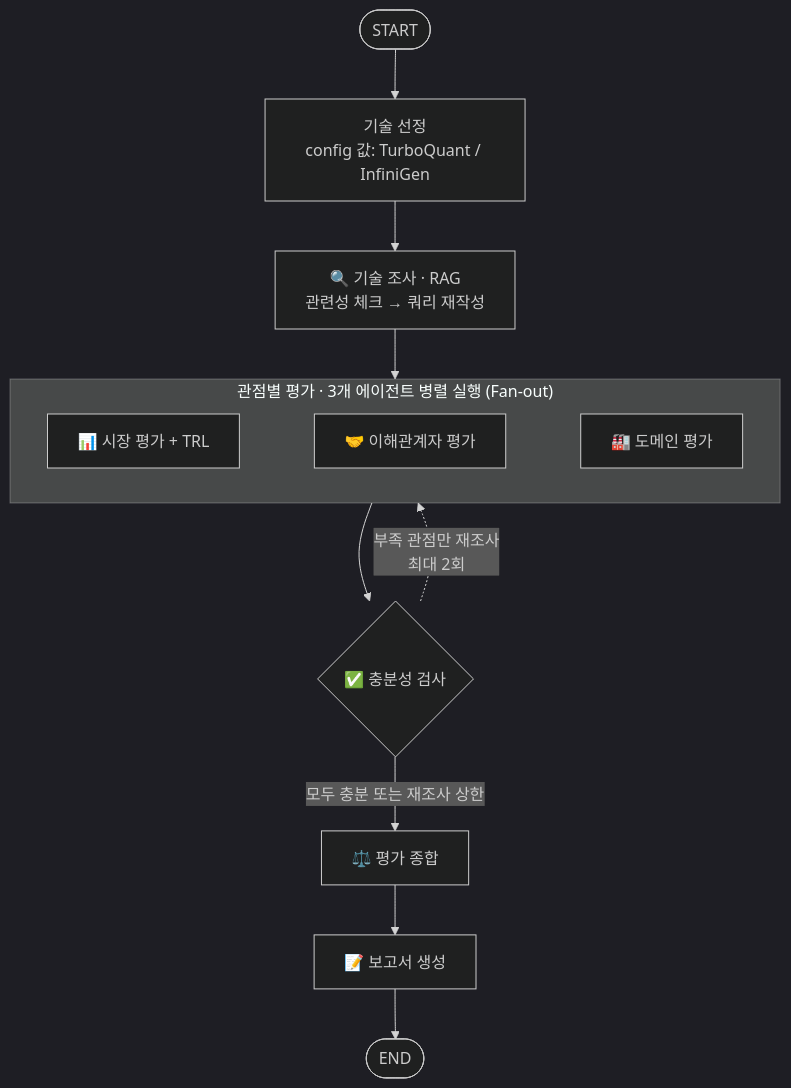
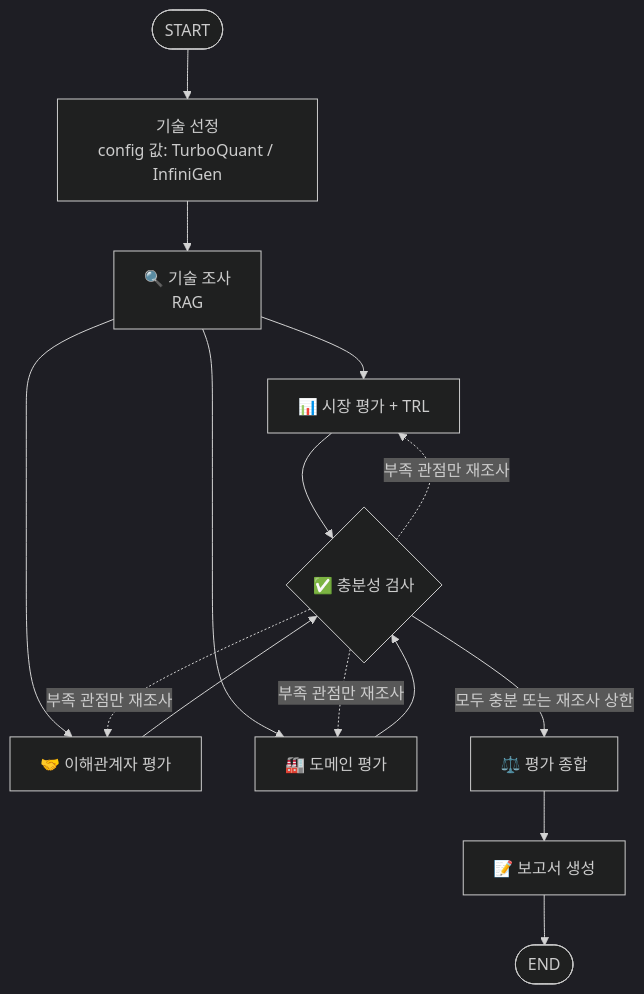
One commit to oojoyhh/skala-KV-cache changed the diagram in README.md. Above: the diagram before and after it, drawn with Mermaid (dark theme).

Commit message:
README: Architecture 그래프를 처음 버전으로 복원

````diff
--- a/README.md
+++ b/README.md
@@ -60,14 +60,17 @@
 ```mermaid
-flowchart TD
-    A([START]) --> B["기술 선정<br>config 값: TurboQuant / InfiniGen"]
-    B --> C["🔍 기술 조사 · RAG<br>관련성 체크 → 쿼리 재작성"]
-    C --> EVAL
-    subgraph EVAL["관점별 평가 · 3개 에이전트 병렬 실행 (Fan-out)"]
-        direction LR
-        M["📊 시장 평가 + TRL"] ~~~ S["🤝 이해관계자 평가"] ~~~ D["🏭 도메인 평가"]
-    end
-    EVAL --> K{"✅ 충분성 검사"}
-    K -. "부족 관점만 재조사<br>최대 2회" .-> EVAL
-    K -- "모두 충분 또는 재조사 상한" --> Y["⚖️ 평가 종합"]
-    Y --> R["📝 보고서 생성"] --> Z([END])
+graph TD
+    START([START]) --> select[기술 선정<br>config 값: TurboQuant / InfiniGen]
+    select --> research[🔍 기술 조사<br>RAG]
+    research --> market[📊 시장 평가 + TRL]
+    research --> stakeholder[🤝 이해관계자 평가]
+    research --> domain[🏭 도메인 평가]
+    market --> check{✅ 충분성 검사}
+    stakeholder --> check
+    domain --> check
+    check -. 부족 관점만 재조사 .-> market
+    check -. 부족 관점만 재조사 .-> stakeholder
+    check -. 부족 관점만 재조사 .-> domain
+    check -- 모두 충분 또는 재조사 상한 --> synthesis[⚖️ 평가 종합]
+    synthesis --> report[📝 보고서 생성]
+    report --> END([END])
 ```
````
